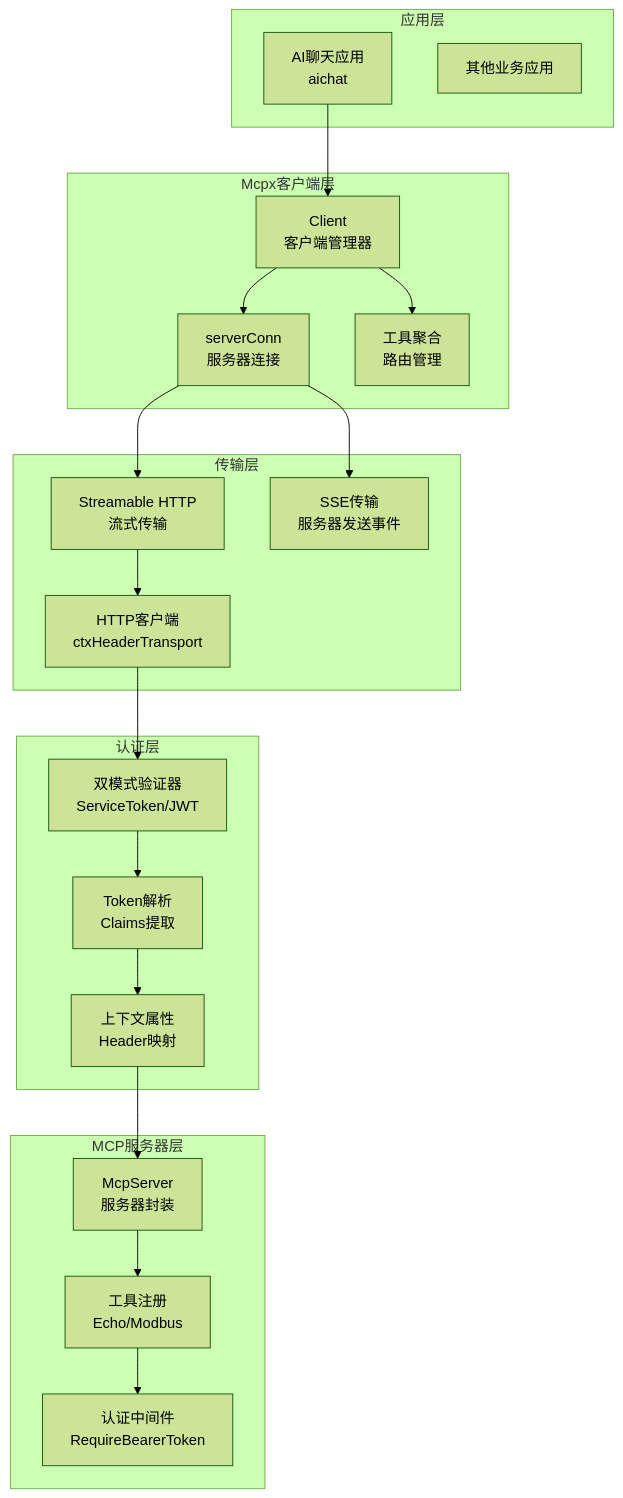
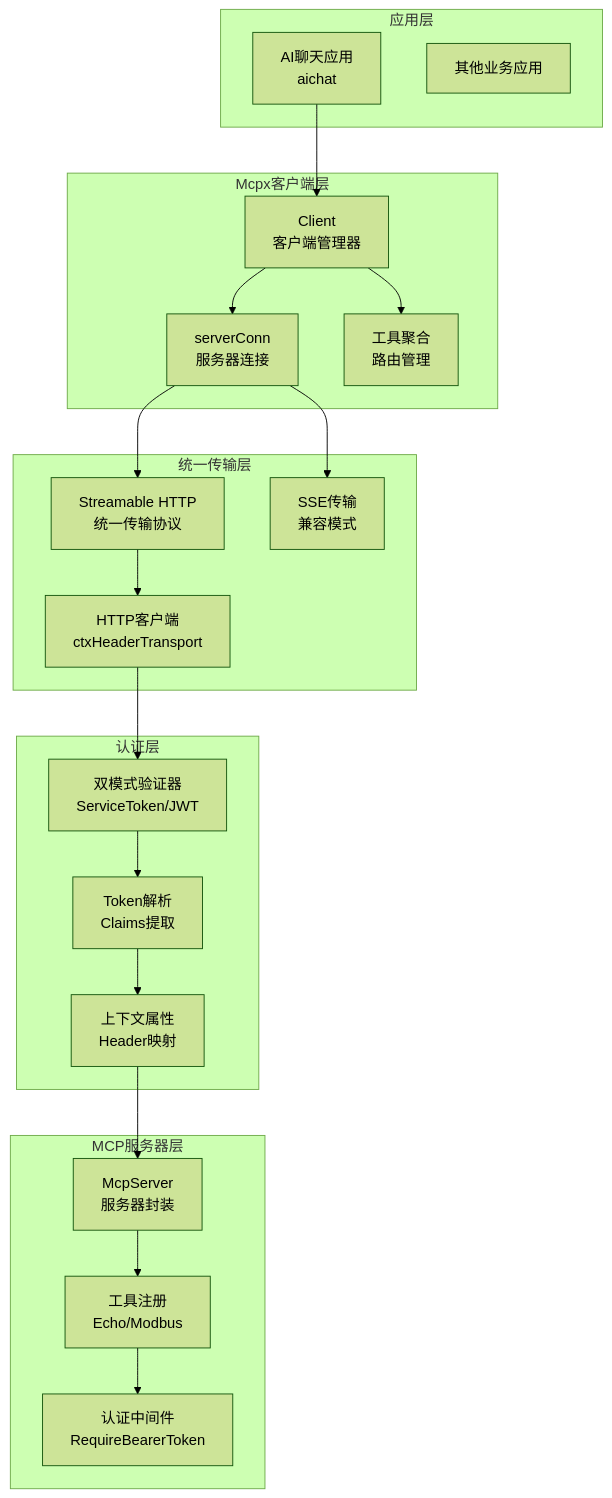
One commit to maomao94/zero-service changed the second of 12 diagrams in .qoder/repowiki/zh/content/核心服务详解/Mcpx客户端包.md. Above: the diagram before and after it, drawn with Mermaid (forest theme). The commit also changed other lines of this file and 29 other files, not shown here.

````diff
--- a/.qoder/repowiki/zh/content/核心服务详解/Mcpx客户端包.md
+++ b/.qoder/repowiki/zh/content/核心服务详解/Mcpx客户端包.md
@@ -114,39 +125,39 @@
 ```mermaid
 graph TB
 subgraph "应用层"
 A[AI聊天应用<br/>aichat]
 B[其他业务应用]
 end
 subgraph "Mcpx客户端层"
 C[Client<br/>客户端管理器]
 D[serverConn<br/>服务器连接]
 E[工具聚合<br/>路由管理]
 end
-subgraph "传输层"
-F[Streamable HTTP<br/>流式传输]
-G[SSE传输<br/>服务器发送事件]
+subgraph "统一传输层"
+F[Streamable HTTP<br/>统一传输协议]
+G[SSE传输<br/>兼容模式]
 H[HTTP客户端<br/>ctxHeaderTransport]
 end
 subgraph "认证层"
 I[双模式验证器<br/>ServiceToken/JWT]
 J[Token解析<br/>Claims提取]
 K[上下文属性<br/>Header映射]
 end
 subgraph "MCP服务器层"
 L[McpServer<br/>服务器封装]
 M[工具注册<br/>Echo/Modbus]
 N[认证中间件<br/>RequireBearerToken]
 end
 A --> C
 C --> D
 C --> E
 D --> F
 D --> G
 F --> H
 H --> I
 I --> J
 J --> K
 K --> L
 L --> M
 M --> N
 ```
````
